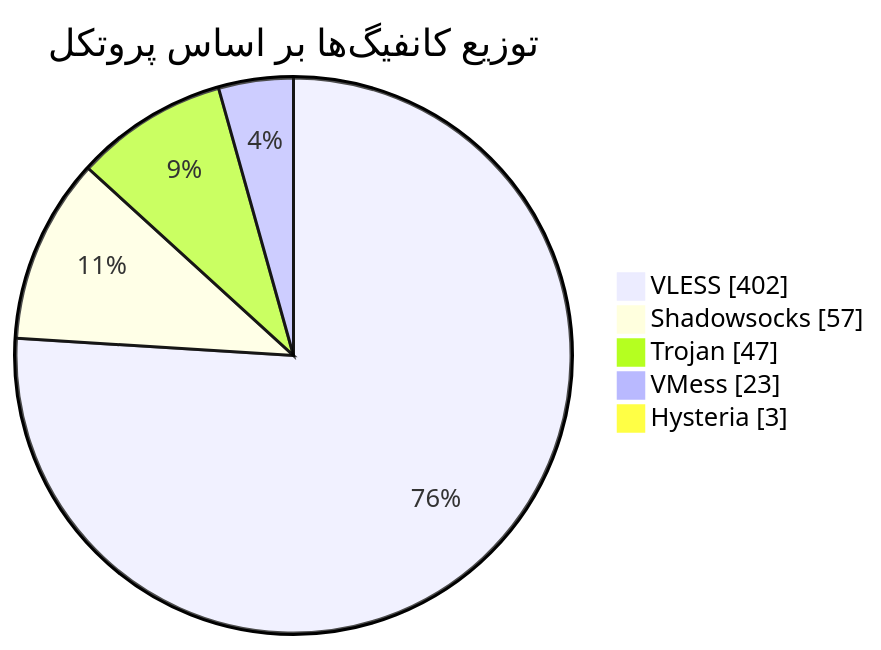
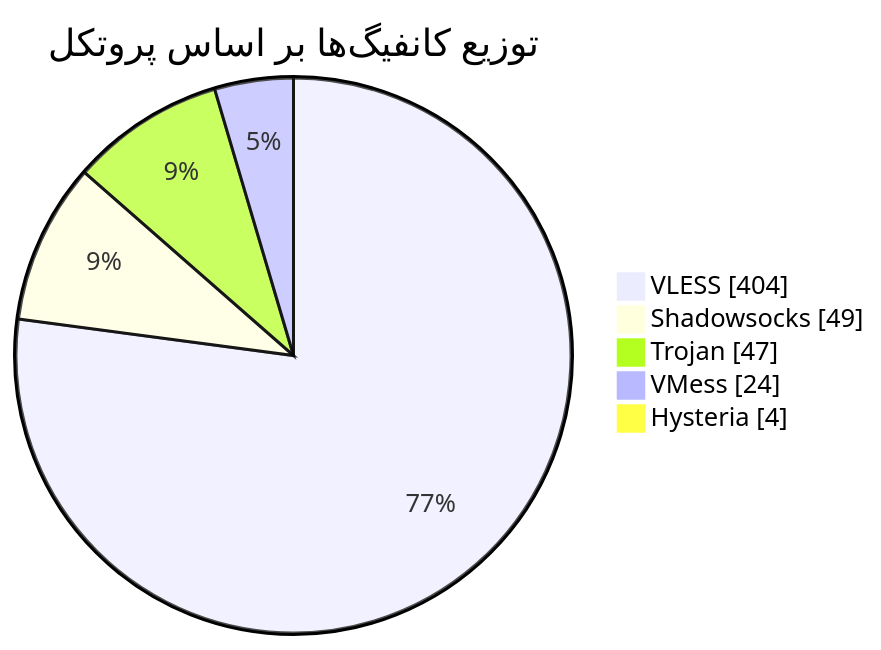
Before and after one commit to Arian-Alijani/Somthing: the diagram in README.md, drawn with Mermaid. The commit also changed other lines of this file and 85 other files, not shown here.

````diff
--- a/README.md
+++ b/README.md
@@ -47,9 +47,9 @@
 ```mermaid
 pie showData
     title توزیع کانفیگ‌ها بر اساس پروتکل
-    "VLESS" : 402
-    "Shadowsocks" : 57
+    "VLESS" : 404
+    "Shadowsocks" : 49
     "Trojan" : 47
-    "VMess" : 23
-    "Hysteria" : 3
+    "VMess" : 24
+    "Hysteria" : 4
 ```
````
